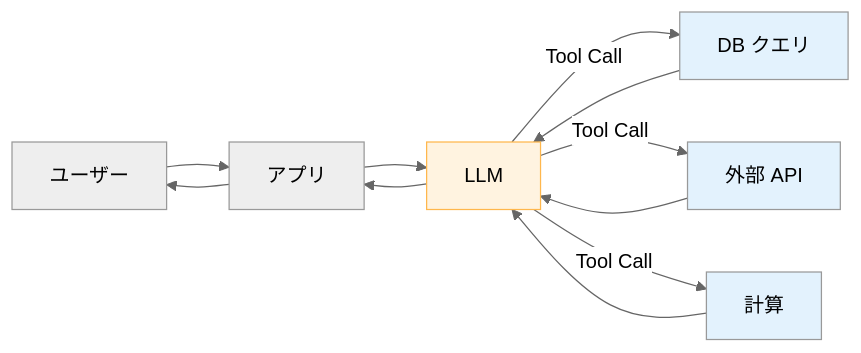
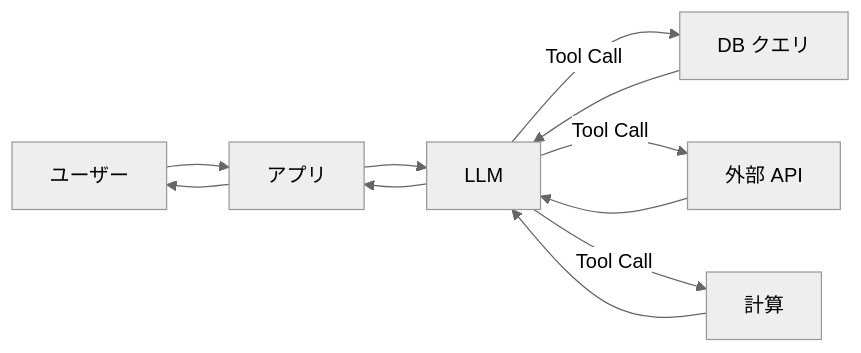
Before and after one commit to dinekt/dinekt-wiki: the fourth of 7 diagrams in docs/concepts/llm-アプリの-5-つの典型アーキテクチャパターン.md, drawn with Mermaid (neutral theme). The commit also changed other lines of this file and 70 other files, not shown here.

First line of the commit message:
fix(mermaid): strip all inline styling, rely on theme

````diff
--- a/docs/concepts/llm-アプリの-5-つの典型アーキテクチャパターン.md
+++ b/docs/concepts/llm-アプリの-5-つの典型アーキテクチャパターン.md
@@ -83,18 +79,14 @@
 ```mermaid
 flowchart LR
     U[ユーザー] --> A[アプリ]
     A --> L[LLM]
     L -->|Tool Call| T1[DB クエリ]
     L -->|Tool Call| T2[外部 API]
     L -->|Tool Call| T3[計算]
     T1 --> L
     T2 --> L
     T3 --> L
     L --> A
     A --> U
 
-    style L fill:#fff3e0,stroke:#ffb74d,color:#000
-    style T1 fill:#e3f2fd,color:#000
-    style T2 fill:#e3f2fd,color:#000
-    style T3 fill:#e3f2fd,color:#000
 ```
````
